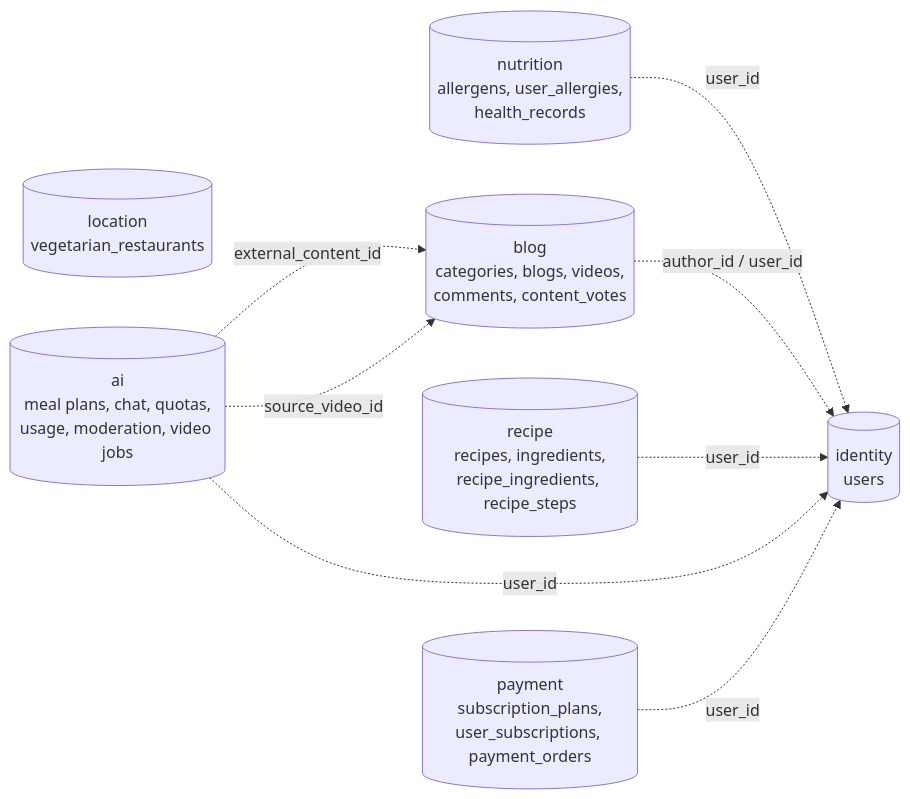
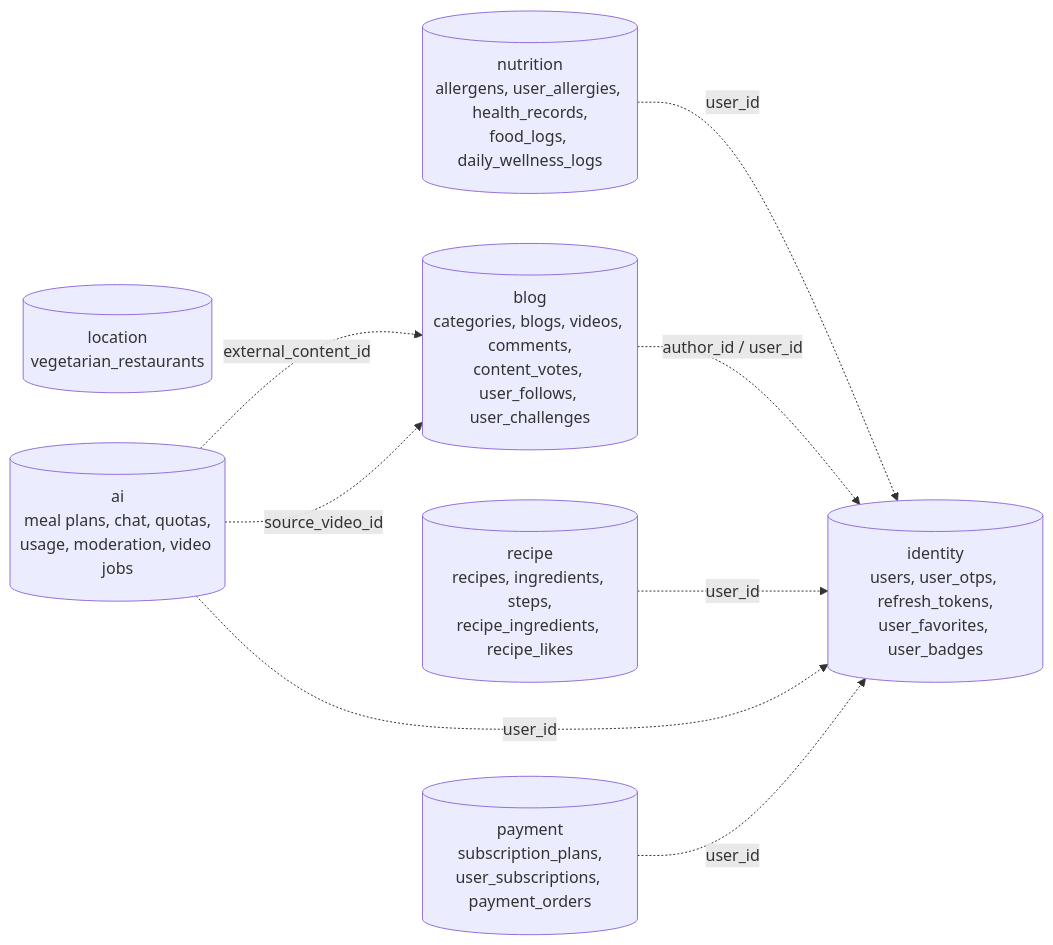
Before and after one commit to Phu0312/VeggiePal-Microservice: the sixth of 19 diagrams in docs/PRM_CAPSTONE.md, drawn with Mermaid. The commit also changed other lines of this file and 170 other files, not shown here.

````diff
--- a/docs/PRM_CAPSTONE.md
+++ b/docs/PRM_CAPSTONE.md
@@ -476,18 +477,18 @@
 ```mermaid
 flowchart LR
-    U[("identity<br/>users")]
-    N[("nutrition<br/>allergens, user_allergies,<br/>health_records")]
-    B[("blog<br/>categories, blogs, videos,<br/>comments, content_votes")]
-    R[("recipe<br/>recipes, ingredients,<br/>recipe_ingredients, recipe_steps")]
+    U[("identity<br/>users, user_otps, refresh_tokens,<br/>user_favorites, user_badges")]
+    N[("nutrition<br/>allergens, user_allergies, health_records,<br/>food_logs, daily_wellness_logs")]
+    B[("blog<br/>categories, blogs, videos, comments,<br/>content_votes, user_follows, user_challenges")]
+    R[("recipe<br/>recipes, ingredients, steps,<br/>recipe_ingredients, recipe_likes")]
     L[("location<br/>vegetarian_restaurants")]
     A[("ai<br/>meal plans, chat, quotas,<br/>usage, moderation, video jobs")]
     P[("payment<br/>subscription_plans,<br/>user_subscriptions, payment_orders")]
 
     N -. "user_id" .-> U
     B -. "author_id / user_id" .-> U
     R -. "user_id" .-> U
     A -. "user_id" .-> U
     P -. "user_id" .-> U
     A -. "external_content_id" .-> B
     A -. "source_video_id" .-> B
 ```
````
